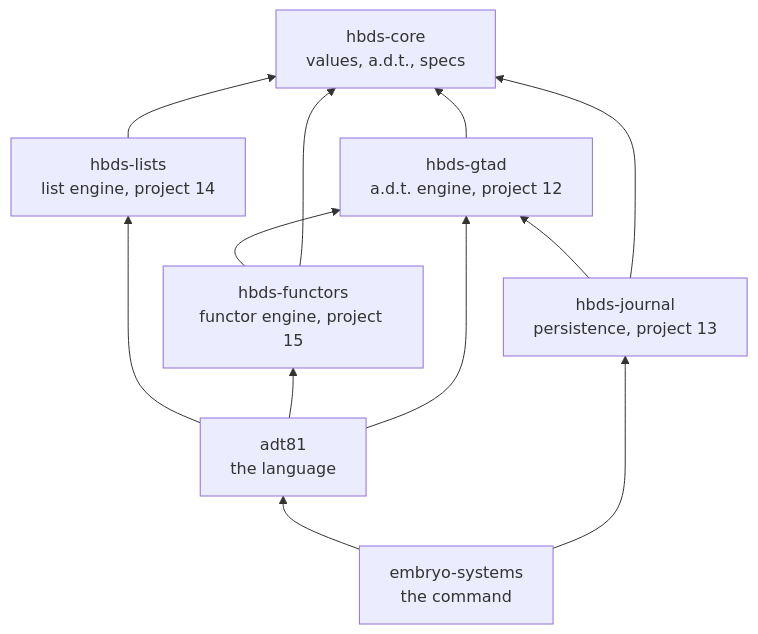
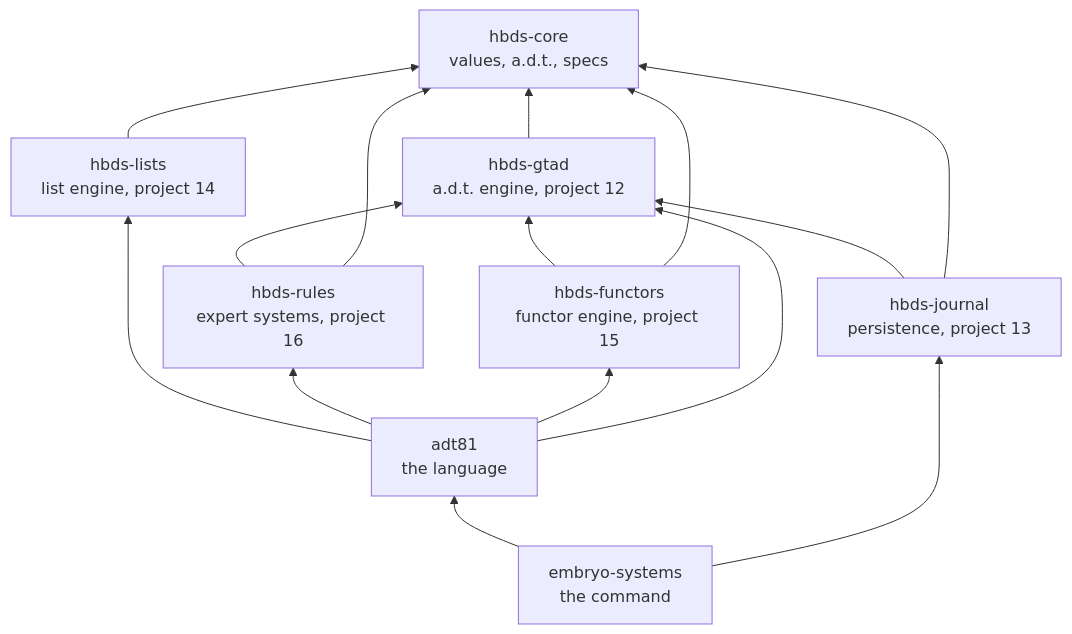
One commit to nrdufour/embryo-systems changed the second of 2 diagrams in README.md. Above: the diagram before and after it, drawn with Mermaid. The commit also changed other lines of this file and 39 other files, not shown here.

````diff
--- a/README.md
+++ b/README.md
@@ -69,15 +71,18 @@
 ```mermaid
 flowchart BT
     core["hbds-core<br/>values, a.d.t., specs"]
     lists["hbds-lists<br/>list engine, project 14"] --> core
     gtad["hbds-gtad<br/>a.d.t. engine, project 12"] --> core
     functors["hbds-functors<br/>functor engine, project 15"] --> gtad
     functors --> core
     journal["hbds-journal<br/>persistence, project 13"] --> gtad
     journal --> core
+    rules["hbds-rules<br/>expert systems, project 16"] --> gtad
+    rules --> core
     adt81["adt81<br/>the language"] --> lists
+    adt81 --> rules
     adt81 --> functors
     adt81 --> gtad
     cli["embryo-systems<br/>the command"] --> adt81
     cli --> journal
 ```
````
